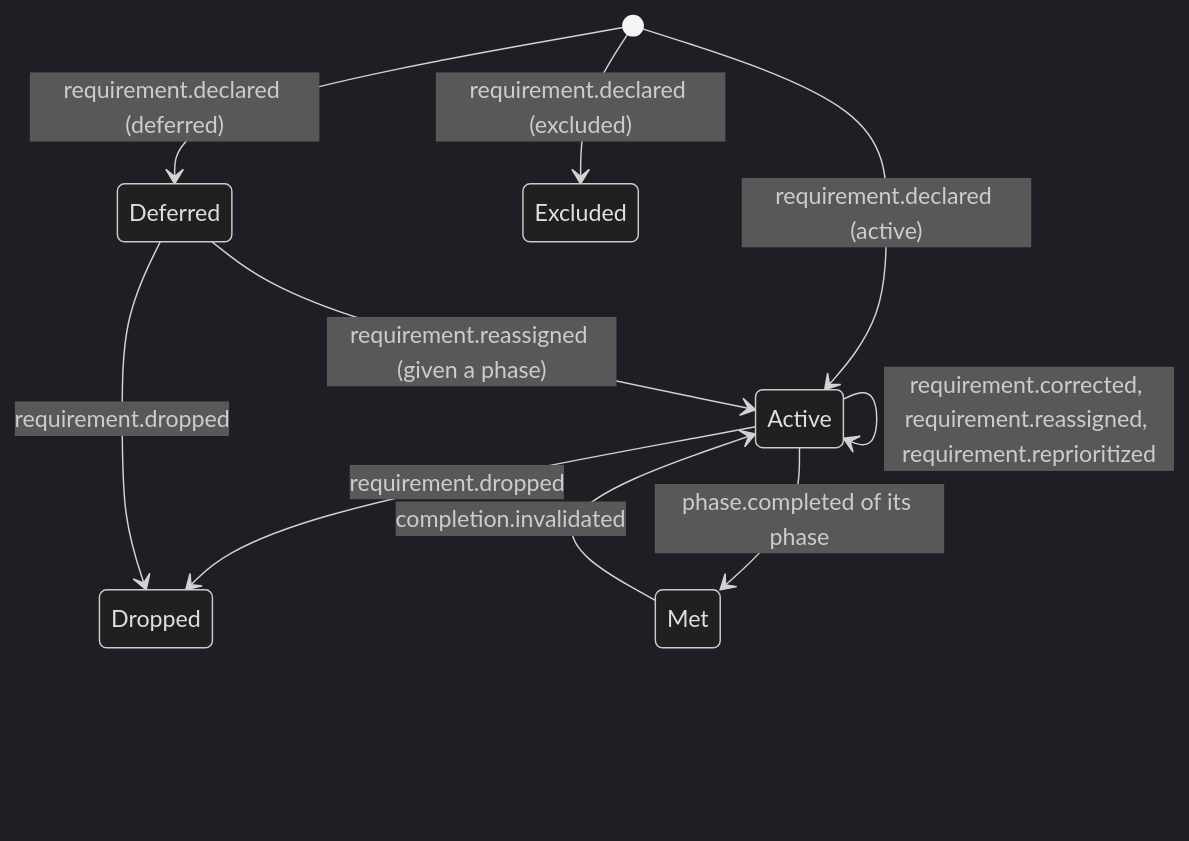
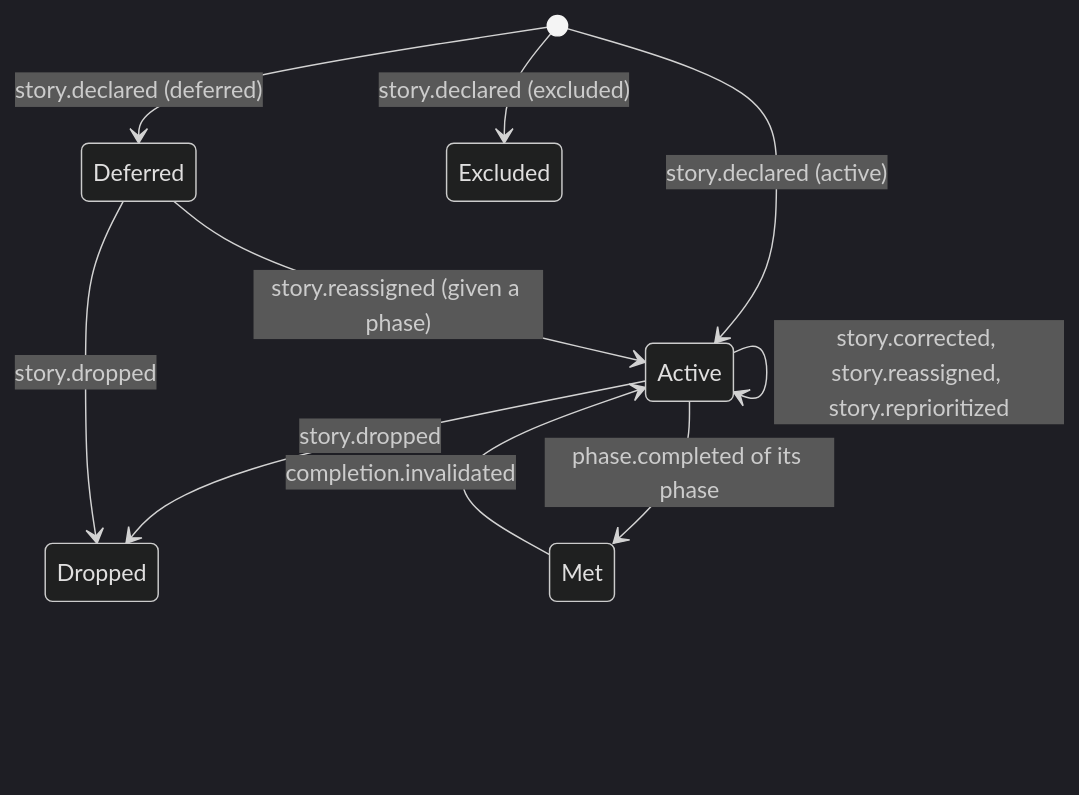
Before and after one commit to crenshawdev/baley: the second of 5 diagrams in docs/design/0004-starting-a-project-and-changing-scope.md, drawn with Mermaid (dark theme). The commit also changed other lines of this file and 21 other files, not shown here.

````diff
--- a/docs/design/0004-starting-a-project-and-changing-scope.md
+++ b/docs/design/0004-starting-a-project-and-changing-scope.md
@@ -269,12 +269,12 @@
 ```mermaid
 stateDiagram-v2
-  [*] --> Active: requirement.declared (active)
-  [*] --> Deferred: requirement.declared (deferred)
-  [*] --> Excluded: requirement.declared (excluded)
-  Active --> Active: requirement.corrected, requirement.reassigned, requirement.reprioritized
-  Deferred --> Active: requirement.reassigned (given a phase)
-  Active --> Dropped: requirement.dropped
-  Deferred --> Dropped: requirement.dropped
+  [*] --> Active: story.declared (active)
+  [*] --> Deferred: story.declared (deferred)
+  [*] --> Excluded: story.declared (excluded)
+  Active --> Active: story.corrected, story.reassigned, story.reprioritized
+  Deferred --> Active: story.reassigned (given a phase)
+  Active --> Dropped: story.dropped
+  Deferred --> Dropped: story.dropped
   Active --> Met: phase.completed of its phase
   Met --> Active: completion.invalidated
 ```
````
